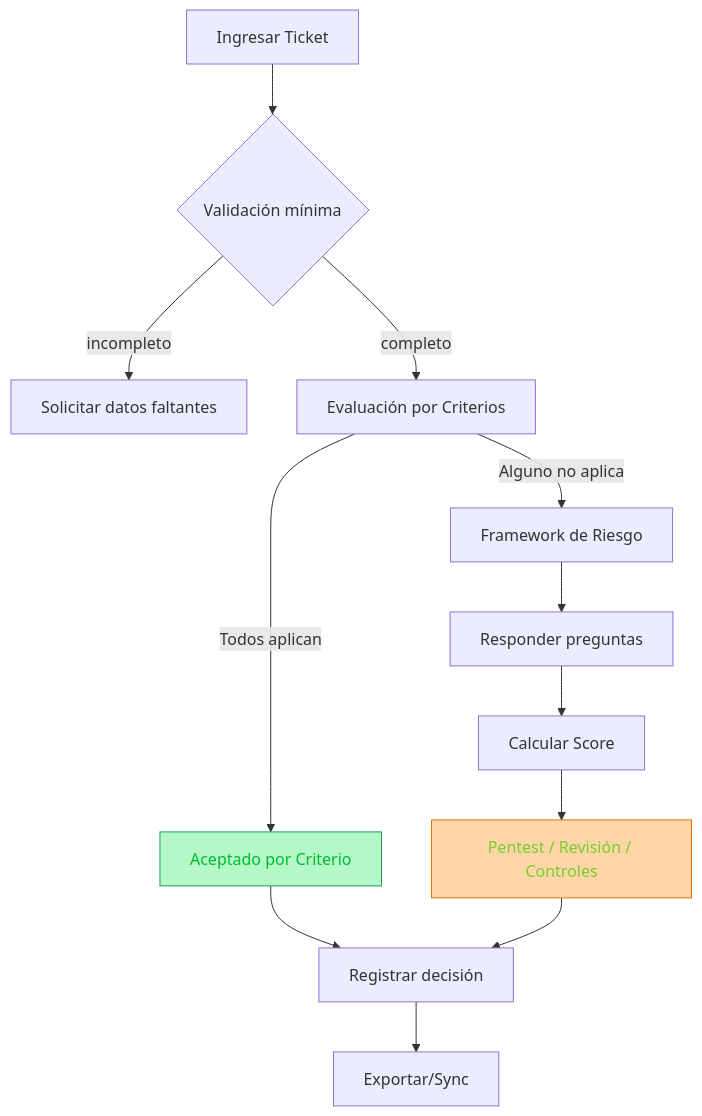
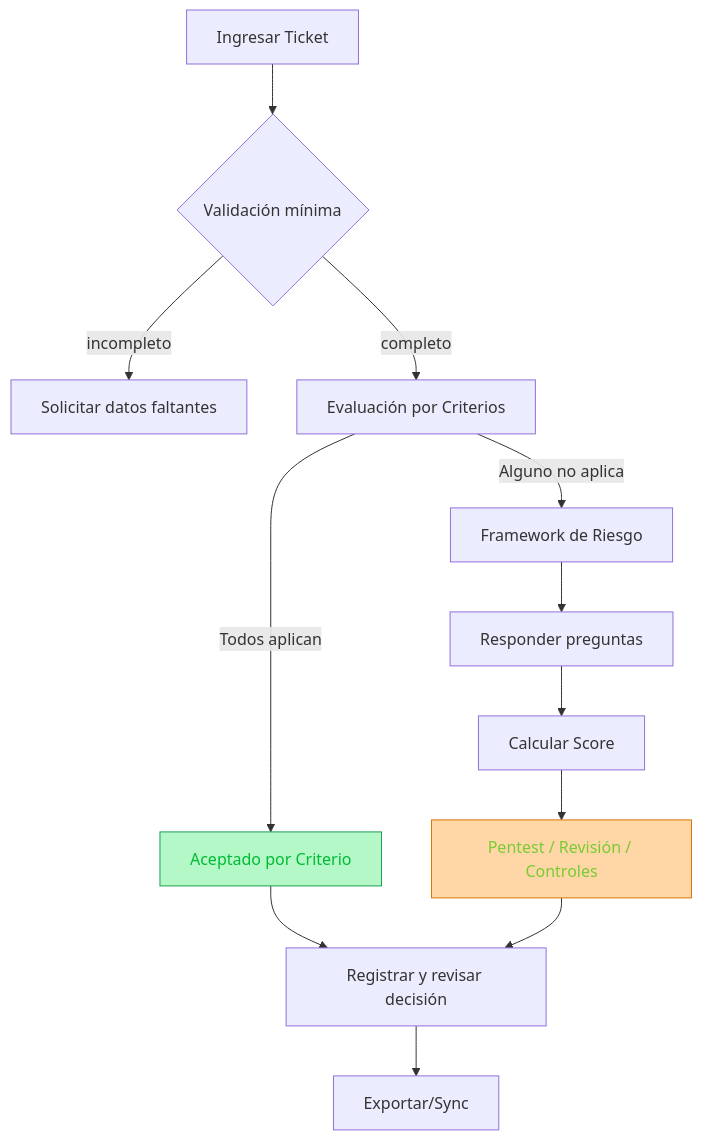
The diagram in README.md (Fruk0/security-space), drawn with Mermaid before and after one commit. The commit also changed 5 other files, not shown here.

````diff
--- a/README.md
+++ b/README.md
@@ -73,19 +73,19 @@
 ```mermaid
 flowchart TD
     A[Ingresar Ticket] --> B{Validación mínima}
     B -- incompleto --> B1[Solicitar datos faltantes]
     B -- completo --> C[Evaluación por Criterios]
 
     C -->|Todos aplican| D[Aceptado por Criterio]
     C -->|Alguno no aplica| E[Framework de Riesgo]
 
     E --> F[Responder preguntas]
     F --> G[Calcular Score]
     G --> I[Pentest / Revisión / Controles]
-    D --> J[Registrar decisión]
+    D --> J[Registrar y revisar decisión]
     I --> J
     J --> K[Exportar/Sync]
 
     style D fill:#b4f8c8,stroke:#1f9d55,color:#0b3
     style I fill:#ffd6a5,stroke:#d97706,color:#7c3
 ```
````
